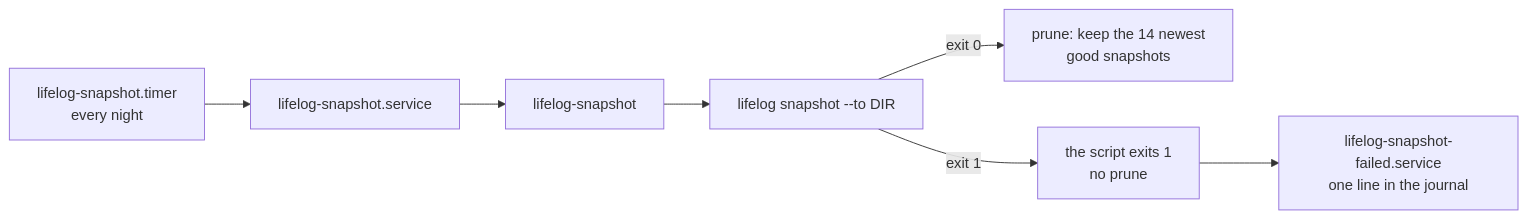
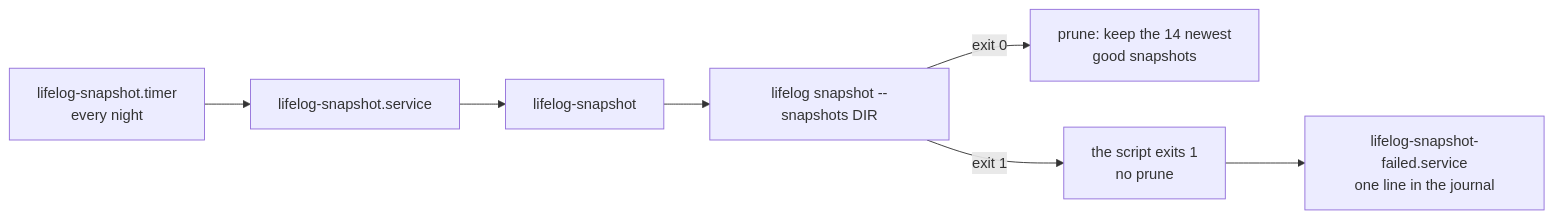
Before and after one commit to alexradunet/lifelogdb: the diagram in deploy/README.md, drawn with Mermaid. The commit also changed 115 other files, not shown here.

````diff
--- a/deploy/README.md
+++ b/deploy/README.md
@@ -17,9 +17,9 @@
 ```mermaid
 flowchart LR
     timer["lifelog-snapshot.timer<br/>every night"] --> service["lifelog-snapshot.service"]
     service --> script["lifelog-snapshot"]
-    script --> cmd["lifelog snapshot --to DIR"]
+    script --> cmd["lifelog snapshot --snapshots DIR"]
     cmd -->|"exit 0"| prune["prune: keep the 14 newest<br/>good snapshots"]
     cmd -->|"exit 1"| fail["the script exits 1<br/>no prune"]
     fail --> failed["lifelog-snapshot-failed.service<br/>one line in the journal"]
 ```
````
